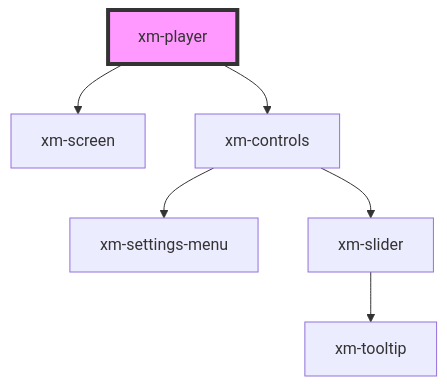
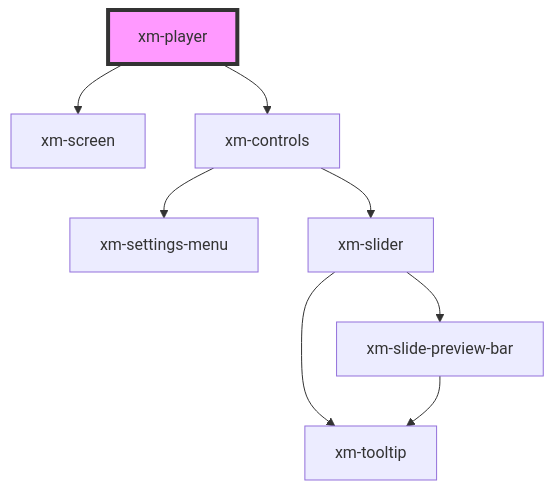
One commit to openHPI/xikolo-video-player changed the diagram in src/components/player/readme.md. Above: the diagram before and after it, drawn with Mermaid. The commit also changed other lines of this file and 11 other files, not shown here.

````diff
--- a/src/components/player/readme.md
+++ b/src/components/player/readme.md
@@ -127,9 +128,11 @@
 ```mermaid
 graph TD;
   xm-player --> xm-screen
   xm-player --> xm-controls
   xm-controls --> xm-settings-menu
   xm-controls --> xm-slider
+  xm-slider --> xm-slide-preview-bar
   xm-slider --> xm-tooltip
+  xm-slide-preview-bar --> xm-tooltip
   style xm-player fill:#f9f,stroke:#333,stroke-width:4px
 ```
````
